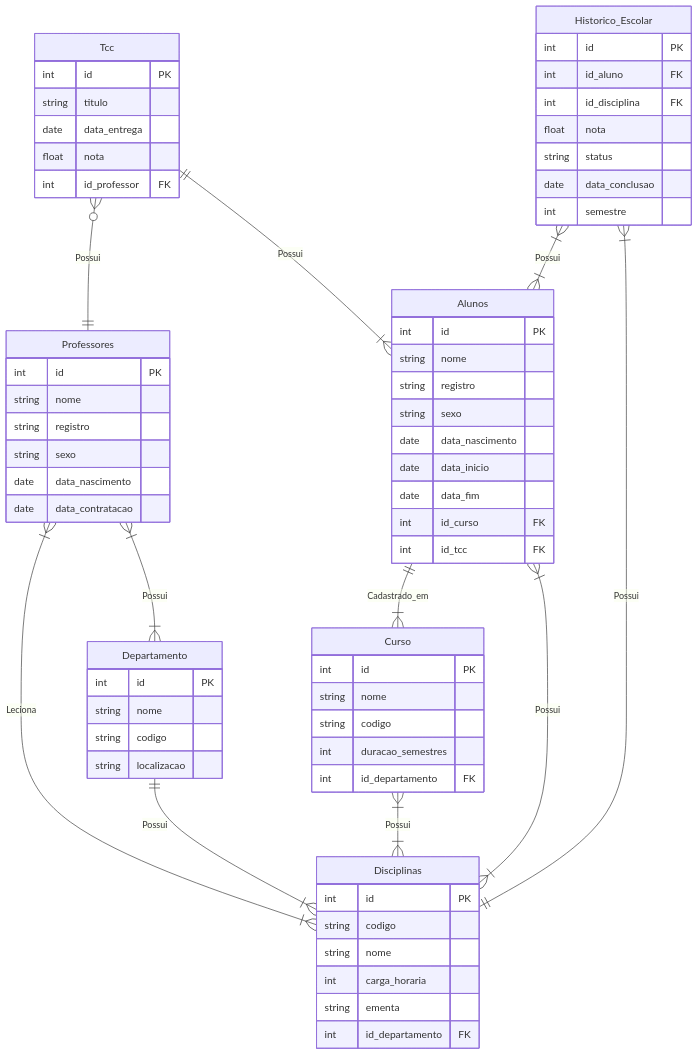
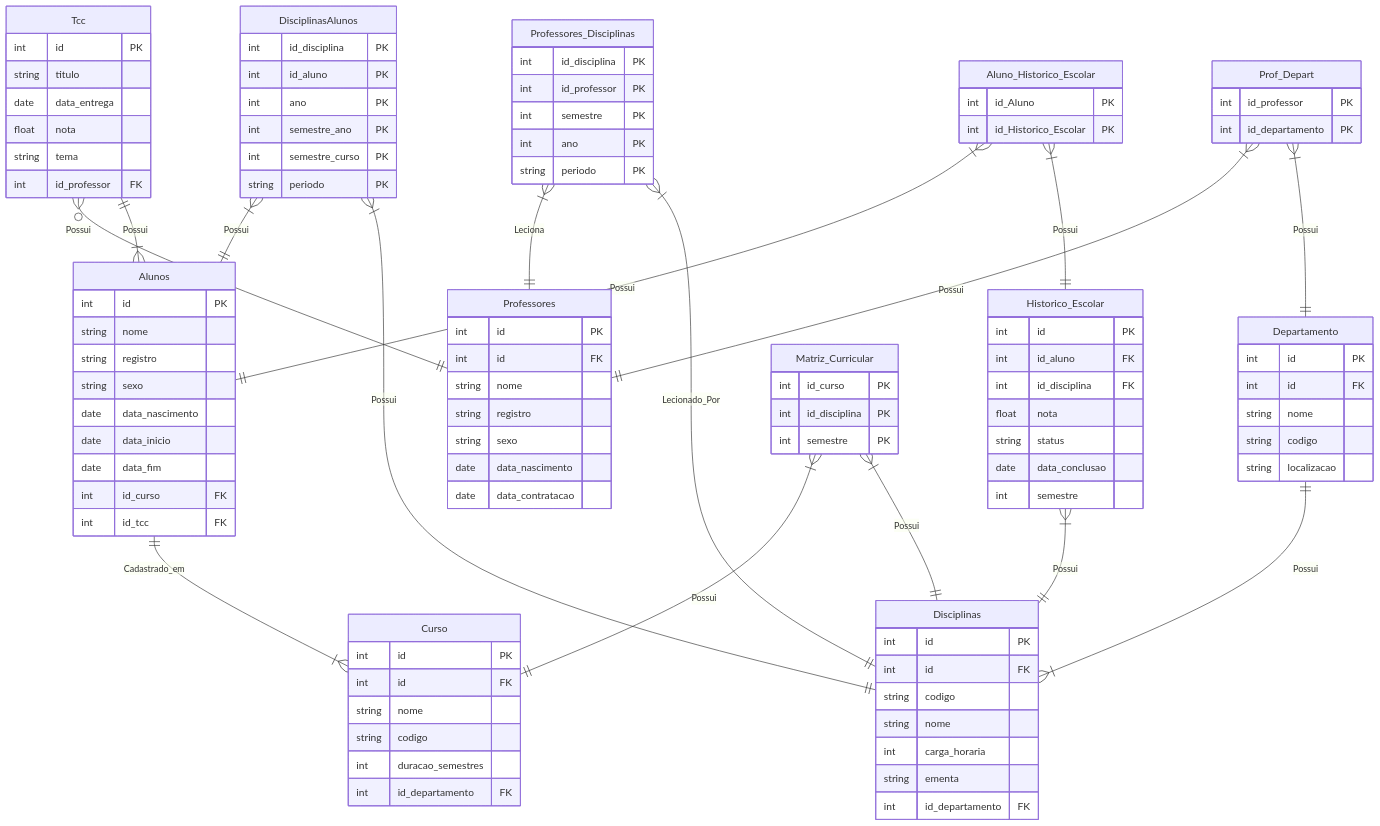
One commit to giovanni1351/BancoUniversidadeP1 changed the diagram in README.md. Above: the diagram before and after it, drawn with Mermaid.

Commit message:
Criando as tabelas auxiliares

````diff
--- a/README.md
+++ b/README.md
@@ -10,19 +10,22 @@
 ```mermaid
 erDiagram
     Alunos ||--|{ Curso : Cadastrado_em
-    Curso }|--|{ Disciplinas : Possui
-    Disciplinas }|--|{ Alunos : Possui
-    Professores }|--|{ Disciplinas : Leciona
-    Professores }|--|{ Departamento : Possui
+    DisciplinasAlunos }| -- || Alunos: Possui
+    DisciplinasAlunos }| -- || Disciplinas: Possui
+    Professores_Disciplinas }| -- || Professores : Leciona
+    Professores_Disciplinas }| -- || Disciplinas : Lecionado_Por
 
     Departamento ||--|{ Disciplinas: Possui
     Tcc }o--|| Professores: Possui
     Tcc ||--|{ Alunos: Possui
-    Historico_Escolar }| -- |{ Alunos : Possui
     Historico_Escolar }| -- || Disciplinas : Possui
+    Prof_Depart }| -- || Professores : Possui
+    Prof_Depart }| -- || Departamento : Possui
+    Matriz_Curricular }| -- || Curso: Possui
+    Matriz_Curricular }| -- || Disciplinas: Possui
+    Aluno_Historico_Escolar}| -- || Alunos : Possui
+    Aluno_Historico_Escolar}| -- || Historico_Escolar : Possui
 
-    
-    
     Alunos {
         int id PK
         string nome
@@ -37,7 +40,8 @@
     
     Professores {
         int id PK
-        string nome
+        int id FK
+        string nome 
         string registro
         string sexo
         date data_nascimento
@@ -46,6 +50,7 @@
     
     Disciplinas {
         int id PK
+        int id FK
         string codigo
         string nome
         int carga_horaria
@@ -55,6 +60,7 @@
     
     Curso {
         int id PK
+        int id FK
         string nome
         string codigo
         int duracao_semestres
@@ -63,6 +69,7 @@
     
     Departamento {
         int id PK
+        int id FK
         string nome
         string codigo
         string localizacao
@@ -73,6 +80,7 @@
         string titulo
         date data_entrega
         float nota
+        string tema
         int id_professor FK
     }
     
@@ -85,4 +93,37 @@
         date data_conclusao
         int semestre
     }   
+    Prof_Depart {
+        int id_professor PK
+        int id_departamento PK
+
+    }
+    Professores_Disciplinas {
+        int id_disciplina PK
+        int id_professor PK
+        int semestre PK
+        int ano PK
+        string periodo PK
+    }
+
+    Matriz_Curricular {
+        int id_curso PK
+        int id_disciplina PK
+        int semestre PK
+    }
+    Aluno_Historico_Escolar{
+        int id_Aluno PK
+        int id_Historico_Escolar PK
+
+
+    }
+    DisciplinasAlunos {
+        int id_disciplina PK
+        int id_aluno PK
+        int ano PK
+        int semestre_ano PK
+        int semestre_curso PK
+        string periodo PK
+
+    }
 ```
````
